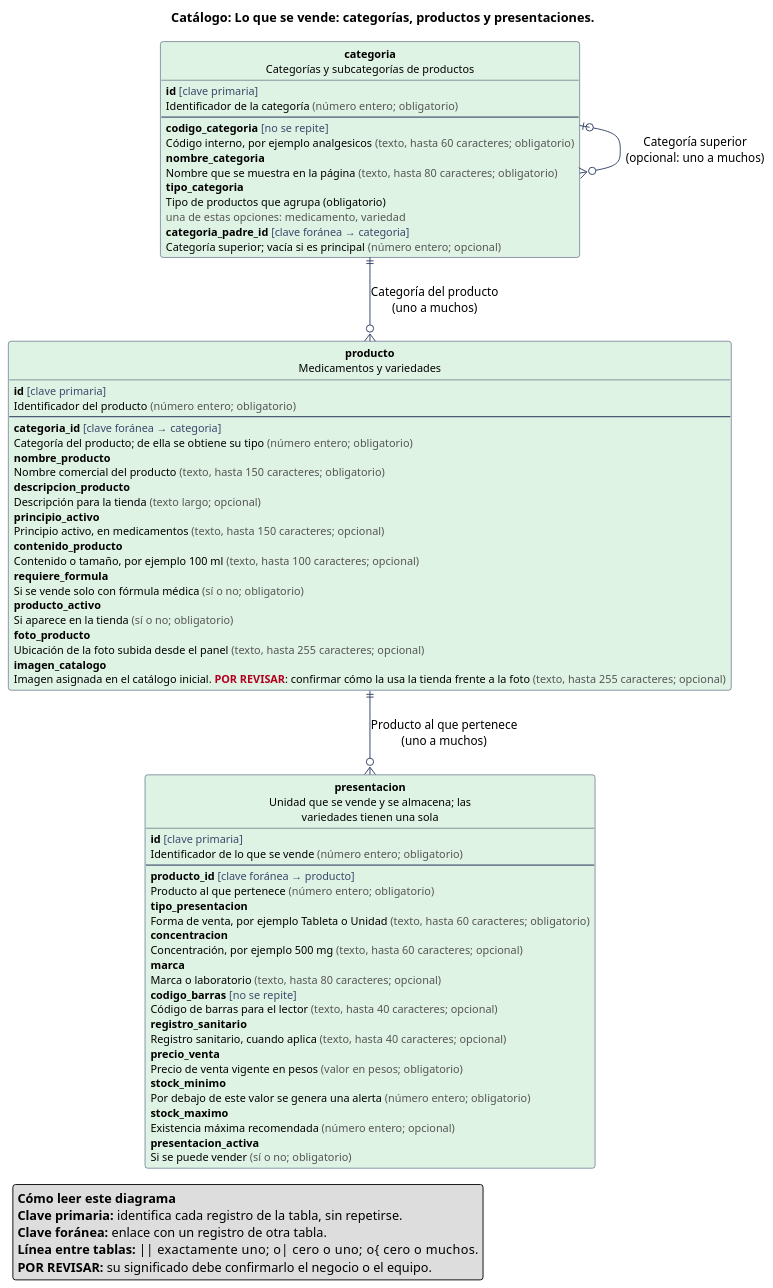
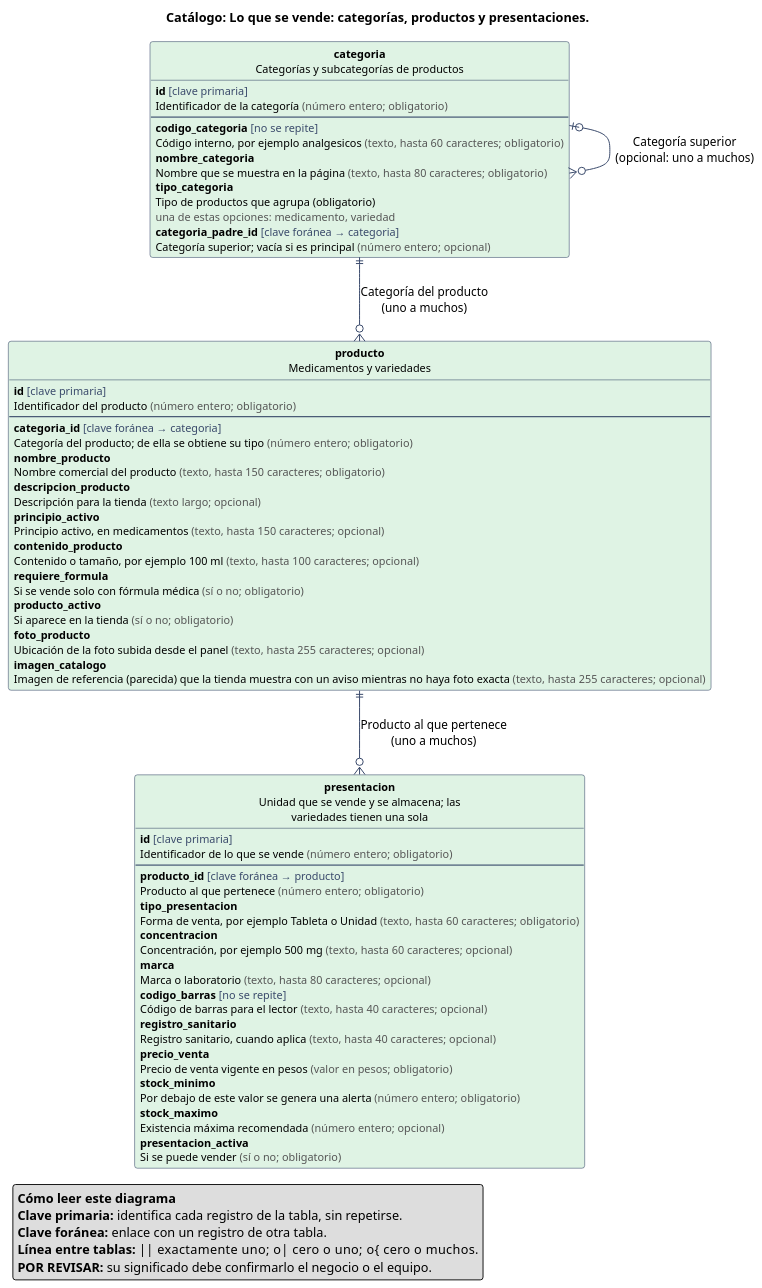
The diagram in docs/base-de-datos/diagramas/modulo-catalogo.puml (jhean1/DrogueriaYvariedadesLosTresHermanos), drawn with PlantUML before and after one commit. The commit also changed 29 other files, not shown here.

```diff
--- a/docs/base-de-datos/diagramas/modulo-catalogo.puml
+++ b/docs/base-de-datos/diagramas/modulo-catalogo.puml
@@ -1,98 +1,98 @@
 @startuml modulo-catalogo
 title Catálogo: Lo que se vende: categorías, productos y presentaciones.
 hide methods
 hide stereotype
 hide circle
 skinparam shadowing false
 skinparam roundCorner 6
 skinparam defaultFontName Arial
 skinparam dpi 110
 skinparam ArrowColor #3A4A6B
 skinparam ArrowThickness 1.1
 skinparam nodesep 45
 skinparam ranksep 55
 skinparam class {
   BackgroundColor White
   BorderColor #10224D
   FontSize 13
   AttributeFontSize 12
 }
 skinparam package {
   BorderColor #8A94A8
   FontSize 16
   FontStyle bold
   BackgroundColor transparent
 }
 entity "**categoria**\nCategorías y subcategorías de productos" as categoria #DFF3E4 {
   {field} **id** <color:#3A4A6B>[clave primaria]</color>
   {field} Identificador de la categoría <color:#555555>(número entero; obligatorio)</color>
   --
   {field} **codigo_categoria** <color:#3A4A6B>[no se repite]</color>
   {field} Código interno, por ejemplo analgesicos <color:#555555>(texto, hasta 60 caracteres; obligatorio)</color>
   {field} **nombre_categoria**
   {field} Nombre que se muestra en la página <color:#555555>(texto, hasta 80 caracteres; obligatorio)</color>
   {field} **tipo_categoria**
   {field} Tipo de productos que agrupa (obligatorio)
   {field} <color:#555555>una de estas opciones: medicamento, variedad</color>
   {field} **categoria_padre_id** <color:#3A4A6B>[clave foránea → categoria]</color>
   {field} Categoría superior; vacía si es principal <color:#555555>(número entero; opcional)</color>
 }
 entity "**producto**\nMedicamentos y variedades" as producto #DFF3E4 {
   {field} **id** <color:#3A4A6B>[clave primaria]</color>
   {field} Identificador del producto <color:#555555>(número entero; obligatorio)</color>
   --
   {field} **categoria_id** <color:#3A4A6B>[clave foránea → categoria]</color>
   {field} Categoría del producto; de ella se obtiene su tipo <color:#555555>(número entero; obligatorio)</color>
   {field} **nombre_producto**
   {field} Nombre comercial del producto <color:#555555>(texto, hasta 150 caracteres; obligatorio)</color>
   {field} **descripcion_producto**
   {field} Descripción para la tienda <color:#555555>(texto largo; opcional)</color>
   {field} **principio_activo**
   {field} Principio activo, en medicamentos <color:#555555>(texto, hasta 150 caracteres; opcional)</color>
   {field} **contenido_producto**
   {field} Contenido o tamaño, por ejemplo 100 ml <color:#555555>(texto, hasta 100 caracteres; opcional)</color>
   {field} **requiere_formula**
   {field} Si se vende solo con fórmula médica <color:#555555>(sí o no; obligatorio)</color>
   {field} **producto_activo**
   {field} Si aparece en la tienda <color:#555555>(sí o no; obligatorio)</color>
   {field} **foto_producto**
   {field} Ubicación de la foto subida desde el panel <color:#555555>(texto, hasta 255 caracteres; opcional)</color>
   {field} **imagen_catalogo**
-  {field} Imagen asignada en el catálogo inicial. <color:#B00020>**POR REVISAR**</color>: confirmar cómo la usa la tienda frente a la foto <color:#555555>(texto, hasta 255 caracteres; opcional)</color>
+  {field} Imagen de referencia (parecida) que la tienda muestra con un aviso mientras no haya foto exacta <color:#555555>(texto, hasta 255 caracteres; opcional)</color>
 }
 entity "**presentacion**\nUnidad que se vende y se almacena; las\nvariedades tienen una sola" as presentacion #DFF3E4 {
   {field} **id** <color:#3A4A6B>[clave primaria]</color>
   {field} Identificador de lo que se vende <color:#555555>(número entero; obligatorio)</color>
   --
   {field} **producto_id** <color:#3A4A6B>[clave foránea → producto]</color>
   {field} Producto al que pertenece <color:#555555>(número entero; obligatorio)</color>
   {field} **tipo_presentacion**
   {field} Forma de venta, por ejemplo Tableta o Unidad <color:#555555>(texto, hasta 60 caracteres; obligatorio)</color>
   {field} **concentracion**
   {field} Concentración, por ejemplo 500 mg <color:#555555>(texto, hasta 60 caracteres; opcional)</color>
   {field} **marca**
   {field} Marca o laboratorio <color:#555555>(texto, hasta 80 caracteres; opcional)</color>
   {field} **codigo_barras** <color:#3A4A6B>[no se repite]</color>
   {field} Código de barras para el lector <color:#555555>(texto, hasta 40 caracteres; opcional)</color>
   {field} **registro_sanitario**
   {field} Registro sanitario, cuando aplica <color:#555555>(texto, hasta 40 caracteres; opcional)</color>
   {field} **precio_venta**
   {field} Precio de venta vigente en pesos <color:#555555>(valor en pesos; obligatorio)</color>
   {field} **stock_minimo**
   {field} Por debajo de este valor se genera una alerta <color:#555555>(número entero; obligatorio)</color>
   {field} **stock_maximo**
   {field} Existencia máxima recomendada <color:#555555>(número entero; opcional)</color>
   {field} **presentacion_activa**
   {field} Si se puede vender <color:#555555>(sí o no; obligatorio)</color>
 }
 categoria |o--o{ categoria : "Categoría superior\n(opcional: uno a muchos)"
 categoria ||--o{ producto : "Categoría del producto\n(uno a muchos)"
 producto ||--o{ presentacion : "Producto al que pertenece\n(uno a muchos)"
 legend left
   **Cómo leer este diagrama**
   **Clave primaria:** identifica cada registro de la tabla, sin repetirse.
   **Clave foránea:** enlace con un registro de otra tabla.
   **Línea entre tablas:** ||  exactamente uno;  o|  cero o uno;  o{  cero o muchos.
   **POR REVISAR:** su significado debe confirmarlo el negocio o el equipo.
 endlegend
 @enduml
```
